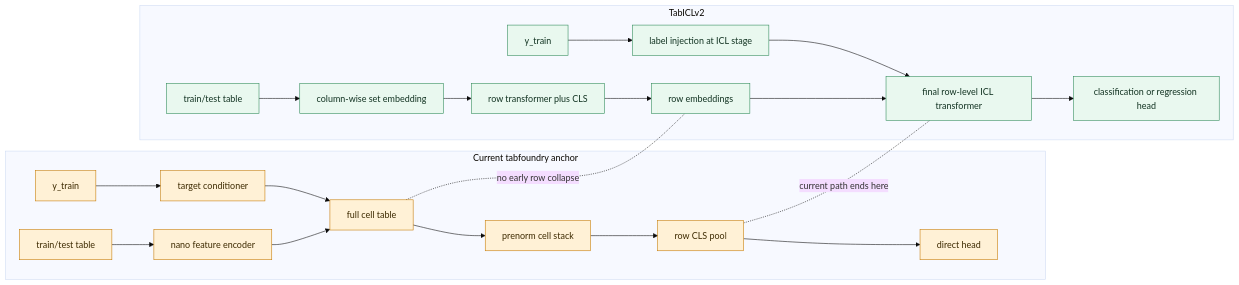
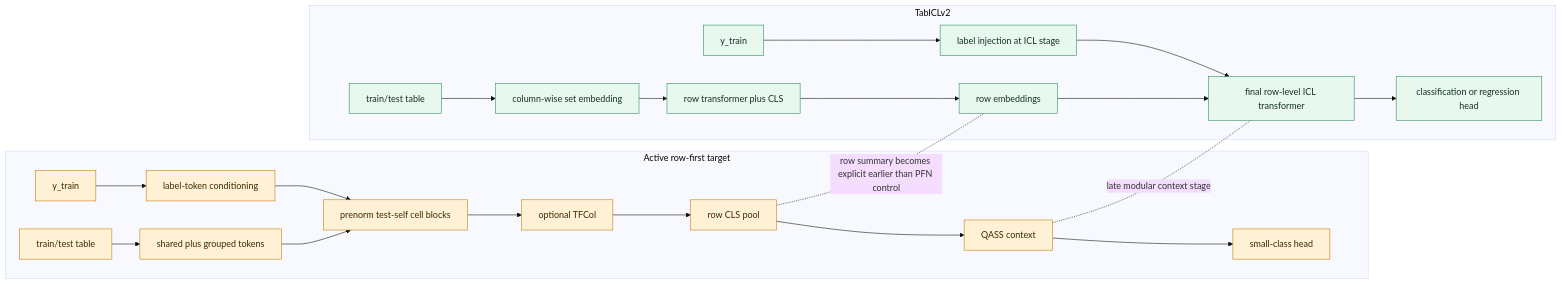
The third of 4 diagrams in docs/development/architecture-deltas.md (bensonlee5/tab-foundry), drawn with Mermaid (base theme) before and after one commit. The commit also changed other lines of this file and 3 other files, not shown here.

````diff
--- a/docs/development/architecture-deltas.md
+++ b/docs/development/architecture-deltas.md
@@ -139,30 +156,31 @@
 ```mermaid
 flowchart LR
-    subgraph TA[Current tabfoundry anchor]
-        ta_x[train/test table] --> ta_fe[nano feature encoder]
-        ta_y[y_train] --> ta_tc[target conditioner]
-        ta_fe --> ta_cat[full cell table]
-        ta_tc --> ta_cat
-        ta_cat --> ta_blk[prenorm cell stack]
-        ta_blk --> ta_pool[row CLS pool]
-        ta_pool --> ta_head[direct head]
+    subgraph TA[Active row-first target]
+        ta_x[train/test table] --> ta_tok[shared plus grouped tokens]
+        ta_y[y_train] --> ta_tc[label-token conditioning]
+        ta_tok --> ta_blk[prenorm test-self cell blocks]
+        ta_tc --> ta_blk
+        ta_blk --> ta_col[optional TFCol]
+        ta_col --> ta_pool[row CLS pool]
+        ta_pool --> ta_ctx[QASS context]
+        ta_ctx --> ta_head[small-class head]
     end
 
     subgraph TI[TabICLv2]
         ti_x[train/test table] --> ti_col[column-wise set embedding]
         ti_col --> ti_row[row transformer plus CLS]
         ti_row --> ti_rows[row embeddings]
         ti_y[y_train] --> ti_ctx[label injection at ICL stage]
         ti_rows --> ti_icl[final row-level ICL transformer]
         ti_ctx --> ti_icl
         ti_icl --> ti_head[classification or regression head]
     end
 
-    ta_cat -. no early row collapse .- ti_rows
-    ta_pool -. current path ends here .- ti_icl
+    ta_pool -. row summary becomes explicit earlier than PFN control .- ti_rows
+    ta_ctx -. late modular context stage .- ti_icl
 
     classDef anchor fill:#fff1d6,stroke:#c67a00,color:#3d2a00;
     classDef tabicl fill:#e9f8ef,stroke:#2d8a57,color:#123322;
-    class ta_x,ta_fe,ta_y,ta_tc,ta_cat,ta_blk,ta_pool,ta_head anchor;
+    class ta_x,ta_tok,ta_y,ta_tc,ta_blk,ta_col,ta_pool,ta_ctx,ta_head anchor;
     class ti_x,ti_col,ti_row,ti_rows,ti_y,ti_ctx,ti_icl,ti_head tabicl;
 ```
````
